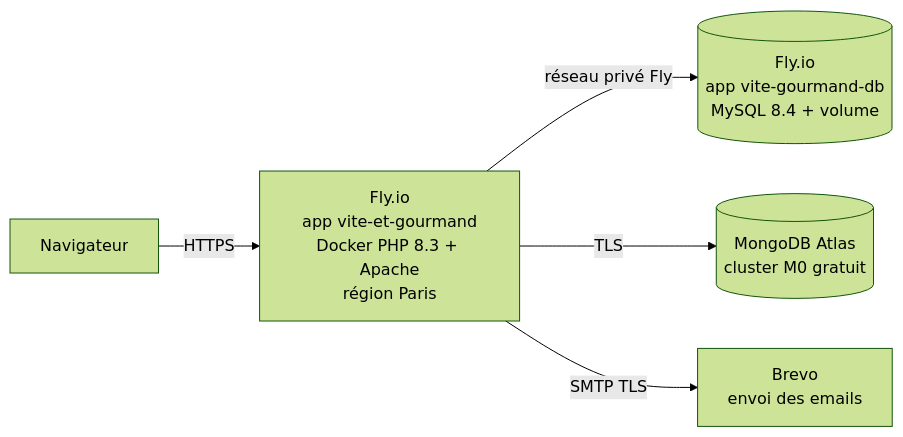
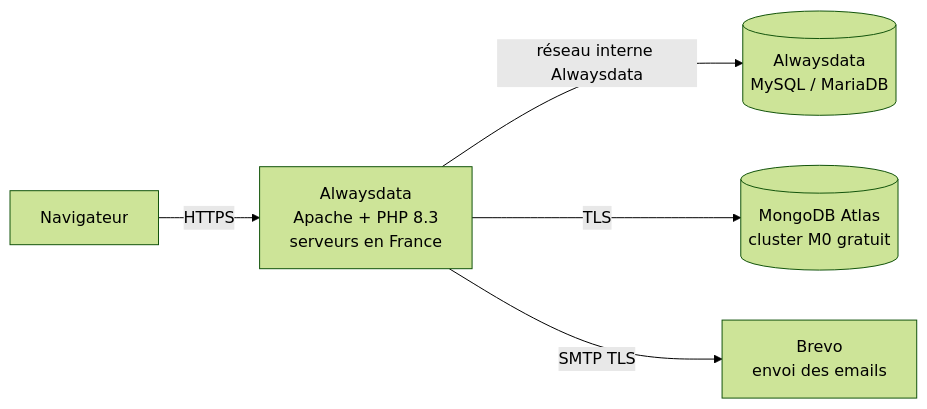
Before and after one commit to valentinfigueiredo/studi-2026-2027-tp-developpeur-web-et-web-mobile: the diagram in docs/04_deploiement.md, drawn with Mermaid (forest theme). The commit also changed other lines of this file and 16 other files, not shown here.

Commit message:
fly to alwaysdata

````diff
--- a/docs/04_deploiement.md
+++ b/docs/04_deploiement.md
@@ -5,7 +5,7 @@
 ```mermaid
 flowchart LR
-    U[Navigateur] -- HTTPS --> F[Fly.io<br>app vite-et-gourmand<br>Docker PHP 8.3 + Apache<br>région Paris]
-    F -- réseau privé Fly --> M[(Fly.io<br>app vite-gourmand-db<br>MySQL 8.4 + volume)]
-    F -- TLS --> A[(MongoDB Atlas<br>cluster M0 gratuit)]
-    F -- SMTP TLS --> B[Brevo<br>envoi des emails]
+    U[Navigateur] -- HTTPS --> A[Alwaysdata<br>Apache + PHP 8.3<br>serveurs en France]
+    A -- réseau interne Alwaysdata --> M[(Alwaysdata<br>MySQL / MariaDB)]
+    A -- TLS --> G[(MongoDB Atlas<br>cluster M0 gratuit)]
+    A -- SMTP TLS --> B[Brevo<br>envoi des emails]
 ```
````
